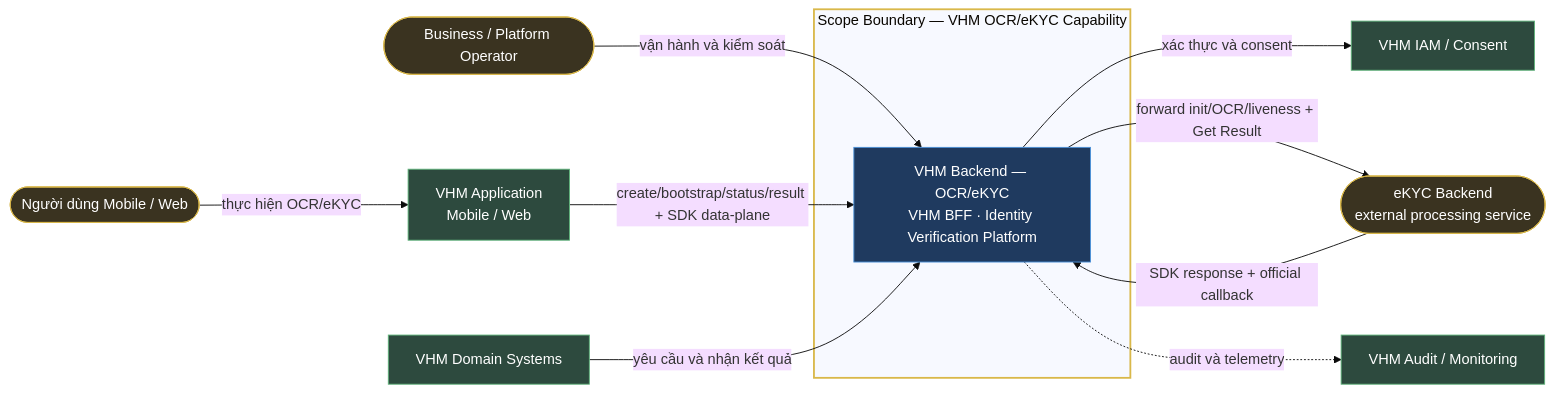
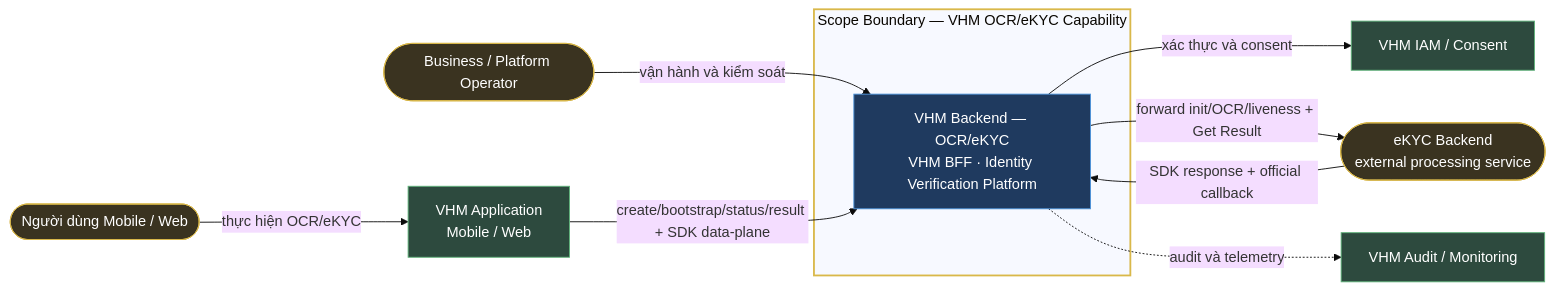
Before and after one commit to huynv-xyz/vhm: the first of 23 diagrams in README.md, drawn with Mermaid (base theme). The commit also changed other lines of this file, not shown here.

````diff
--- a/README.md
+++ b/README.md
@@ -353,28 +348,26 @@
 ```mermaid
 flowchart LR
     USER(["Người dùng Mobile / Web"]):::entity
     OPS(["Business / Platform Operator"]):::entity
     APP["VHM Application<br/>Mobile / Web"]:::owned
-    DOMAIN["VHM Domain Systems"]:::owned
     IAM["VHM IAM / Consent"]:::owned
     OBS["VHM Audit / Monitoring"]:::owned
     PROVIDER(["eKYC Backend<br/>external processing service"]):::entity
 
     subgraph SCOPE["Scope Boundary — VHM OCR/eKYC Capability"]
         CORE["VHM Backend — OCR/eKYC<br/>VHM BFF · Identity Verification Platform"]:::bc
     end
 
     USER -->|thực hiện OCR/eKYC| APP
     OPS -->|vận hành và kiểm soát| CORE
     APP -->|create/bootstrap/status/result + SDK data-plane| CORE
-    DOMAIN -->|yêu cầu và nhận kết quả| CORE
     CORE -->|xác thực và consent| IAM
     CORE -->|forward init/OCR/liveness + Get Result| PROVIDER
     PROVIDER -->|SDK response + official callback| CORE
     CORE -.->|audit và telemetry| OBS
 
     style SCOPE stroke:#d9b84a,stroke-width:2px
     classDef bc fill:#1f3a5f,stroke:#4a90d9,color:#fff;
     classDef owned fill:#2d4a3e,stroke:#5fb37a,color:#fff;
     classDef entity fill:#3a3320,stroke:#d9b84a,color:#fff;
 ```
````
